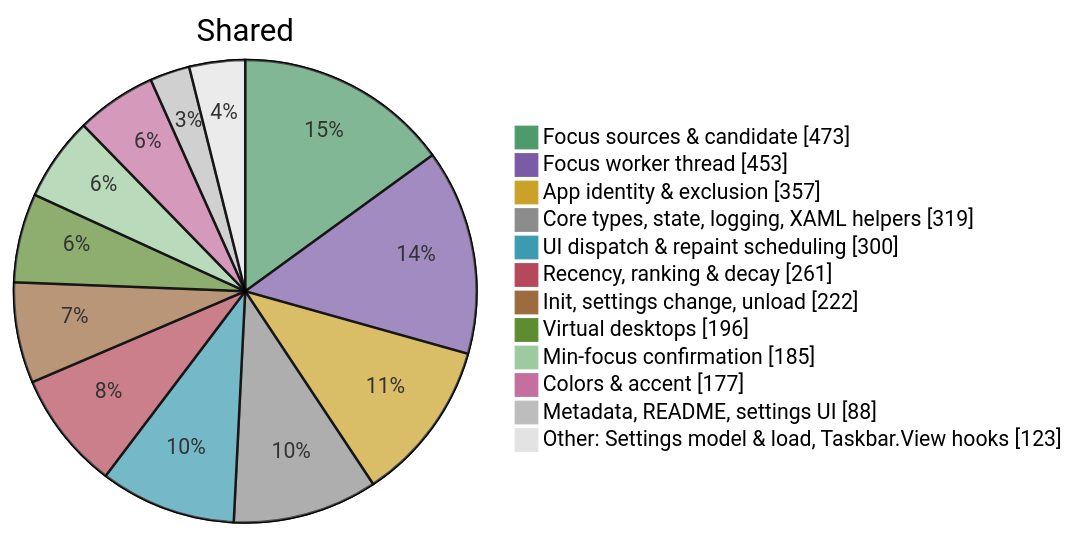
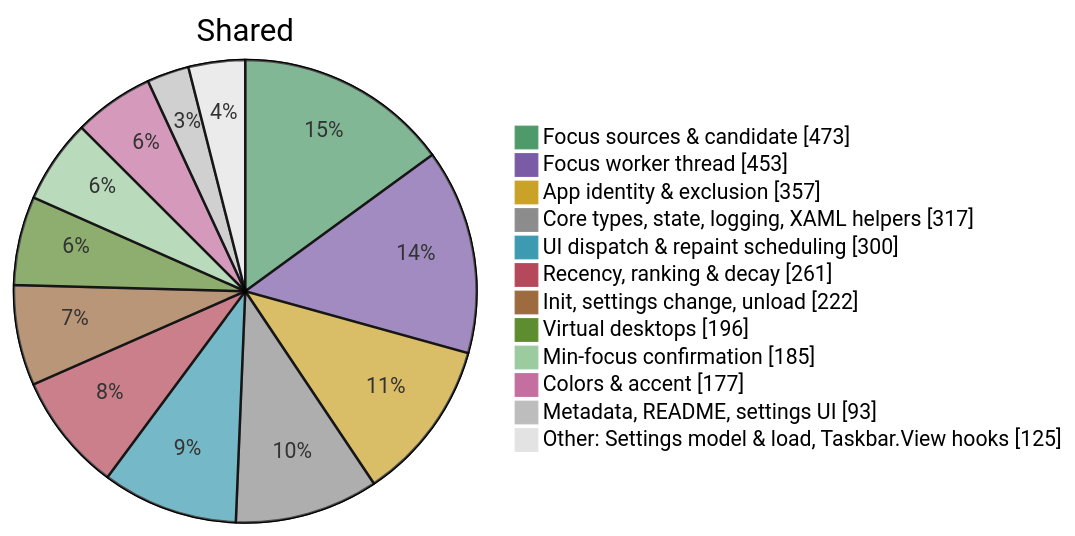
Before and after one commit to jvlasek/taskbar-recent-focus-highlight: the fourth of 5 diagrams in doc/code/code-breakdown.md, drawn with Mermaid. The commit also changed other lines of this file and 8 other files, not shown here.

````diff
--- a/doc/code/code-breakdown.md
+++ b/doc/code/code-breakdown.md
@@ -134,16 +134,16 @@
 ```mermaid
 %%{init: {"themeVariables": {"pie1": "#4E9A6A", "pie2": "#7A5BA6", "pie3": "#C9A227", "pie4": "#8C8C8C", "pie5": "#3C9BB0", "pie6": "#B5495B", "pie7": "#9C6B3E", "pie8": "#5E8C31", "pie9": "#9CCB9F", "pie10": "#C46FA0", "pie11": "#BDBDBD", "pie12": "#E3E3E3", "pieOuterStrokeWidth": "1px"}}}%%
 pie showData title Shared
     "Focus sources & candidate" : 473
     "Focus worker thread" : 453
     "App identity & exclusion" : 357
-    "Core types, state, logging, XAML helpers" : 319
+    "Core types, state, logging, XAML helpers" : 317
     "UI dispatch & repaint scheduling" : 300
     "Recency, ranking & decay" : 261
     "Init, settings change, unload" : 222
     "Virtual desktops" : 196
     "Min-focus confirmation" : 185
     "Colors & accent" : 177
-    "Metadata, README, settings UI" : 88
-    "Other: Settings model & load, Taskbar.View hooks" : 123
+    "Metadata, README, settings UI" : 93
+    "Other: Settings model & load, Taskbar.View hooks" : 125
 ```
````
